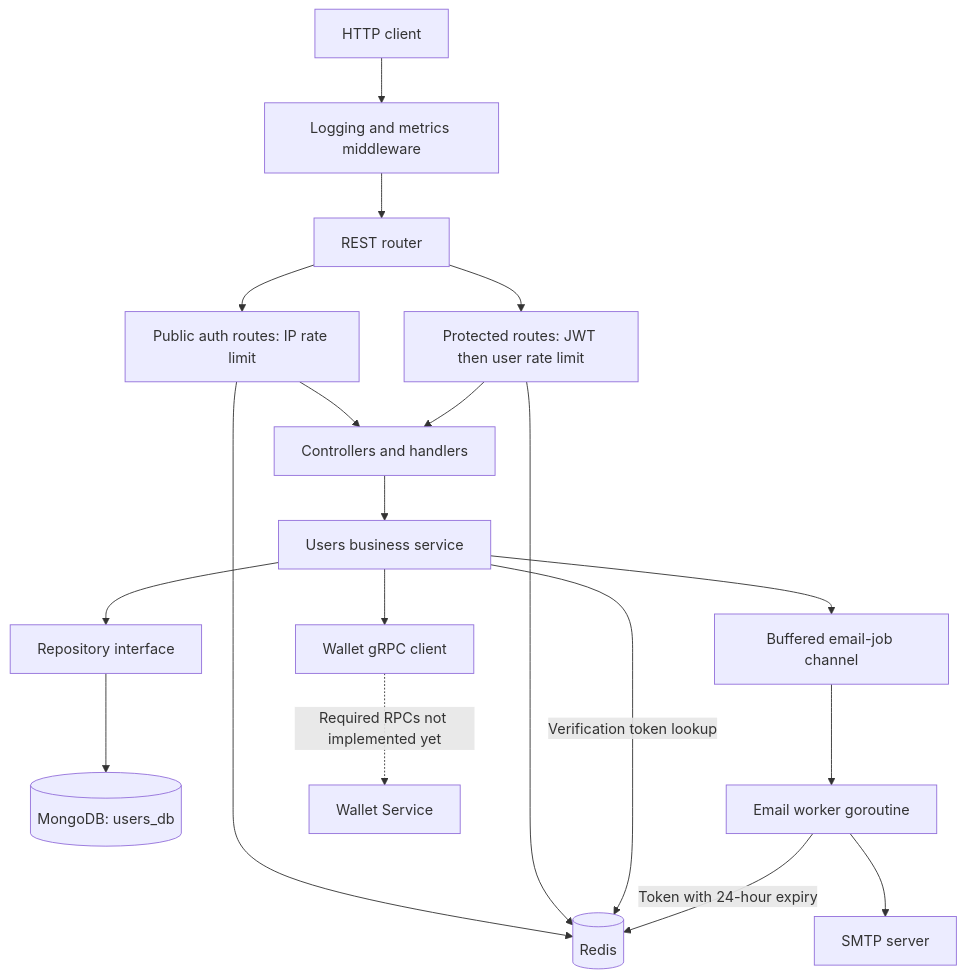
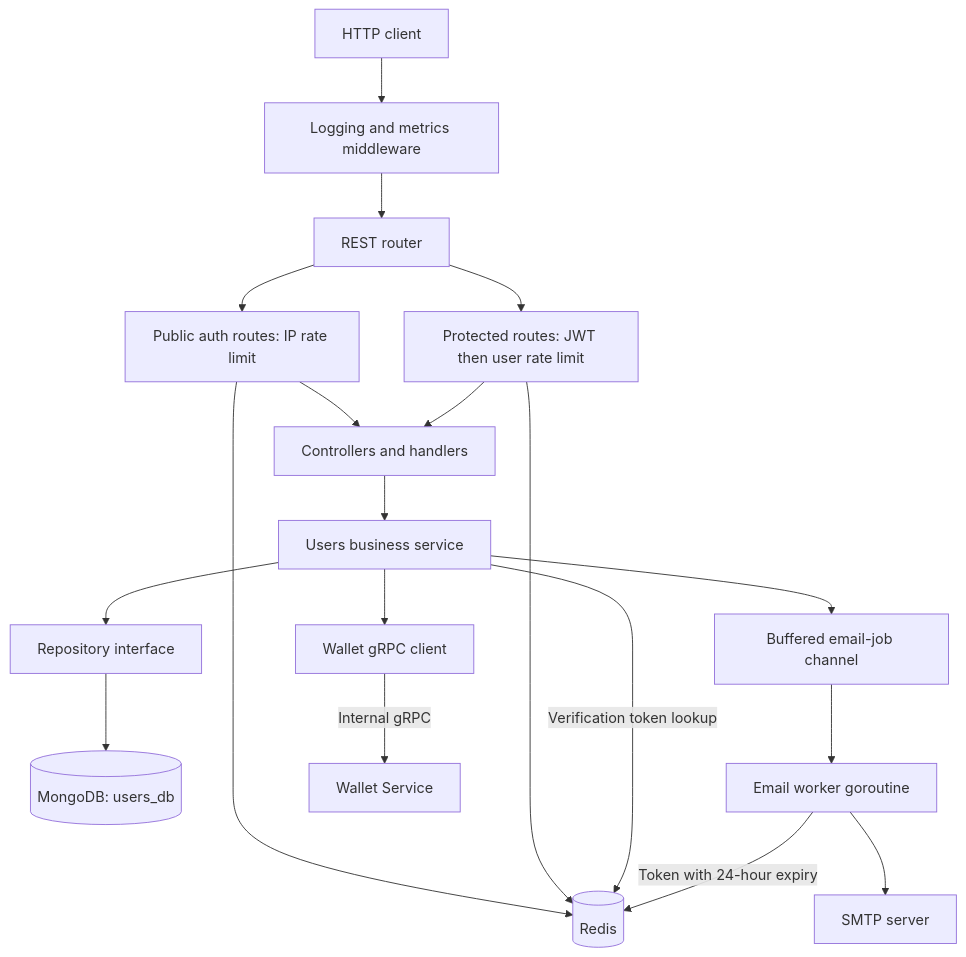
Before and after one commit to Muhmd95/Users-Service: the diagram in README.md, drawn with Mermaid. The commit also changed other lines of this file and 3 other files, not shown here.

````diff
--- a/README.md
+++ b/README.md
@@ -21,21 +21,21 @@
 ```mermaid
 flowchart TD
     Client[HTTP client] --> Middleware[Logging and metrics middleware]
     Middleware --> Routes[REST router]
     Routes --> Public[Public auth routes: IP rate limit]
     Routes --> Protected[Protected routes: JWT then user rate limit]
     Public --> Handlers[Controllers and handlers]
     Protected --> Handlers
     Handlers --> Service[Users business service]
     Service --> Repo[Repository interface]
     Repo --> Mongo[(MongoDB: users_db)]
     Public --> Redis[(Redis)]
     Protected --> Redis
     Service -->|Verification token lookup| Redis
     Service --> Queue[Buffered email-job channel]
     Queue --> Worker[Email worker goroutine]
     Worker -->|Token with 24-hour expiry| Redis
     Worker --> SMTP[SMTP server]
     Service --> WalletClient[Wallet gRPC client]
-    WalletClient -. Required RPCs not implemented yet .-> Wallet[Wallet Service]
+    WalletClient -->|Internal gRPC| Wallet[Wallet Service]
 ```
````
